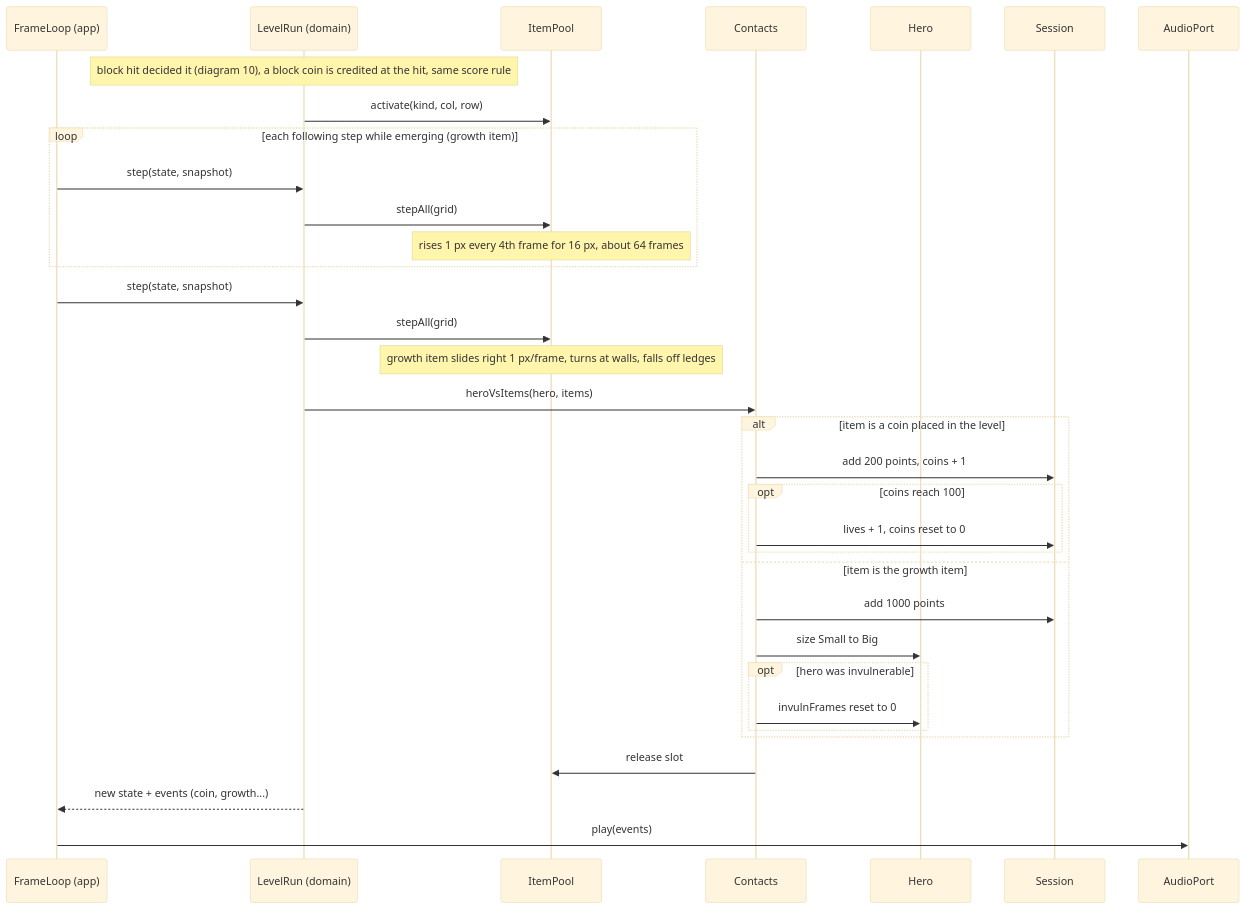
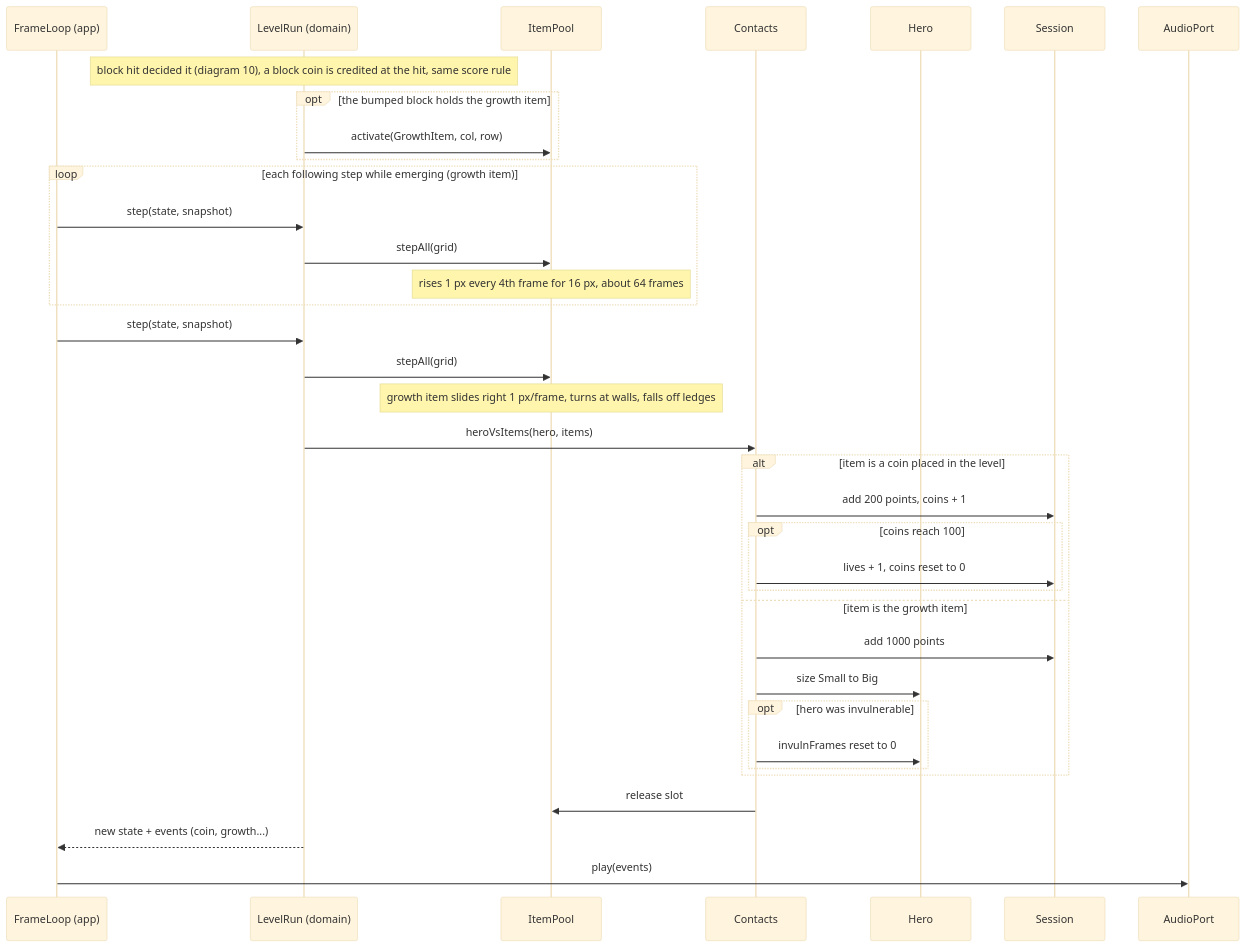
One commit to benoit-bremaud/retro-plumber changed the diagram in docs/architecture/diagrams/gameplay/11-sequence-item-pickup.md. Above: the diagram before and after it, drawn with Mermaid (base theme). The commit also changed 2 other files, not shown here.

Commit message:
docs(uml): address Codex review on sequences 10, 11, 14 (#7)

````diff
--- a/docs/architecture/diagrams/gameplay/11-sequence-item-pickup.md
+++ b/docs/architecture/diagrams/gameplay/11-sequence-item-pickup.md
@@ -13,36 +13,38 @@
 ```mermaid
 sequenceDiagram
     participant FL as FrameLoop (app)
     participant LR as LevelRun (domain)
     participant IP as ItemPool
     participant Ct as Contacts
     participant H as Hero
     participant Sess as Session
     participant Snd as AudioPort
     Note over LR: block hit decided it (diagram 10), a block coin is credited at the hit, same score rule
-    LR->>IP: activate(kind, col, row)
+    opt the bumped block holds the growth item
+        LR->>IP: activate(GrowthItem, col, row)
+    end
     loop each following step while emerging (growth item)
         FL->>LR: step(state, snapshot)
         LR->>IP: stepAll(grid)
         Note over IP: rises 1 px every 4th frame for 16 px, about 64 frames
     end
     FL->>LR: step(state, snapshot)
     LR->>IP: stepAll(grid)
     Note over IP: growth item slides right 1 px/frame, turns at walls, falls off ledges
     LR->>Ct: heroVsItems(hero, items)
     alt item is a coin placed in the level
         Ct->>Sess: add 200 points, coins + 1
         opt coins reach 100
             Ct->>Sess: lives + 1, coins reset to 0
         end
     else item is the growth item
         Ct->>Sess: add 1000 points
         Ct->>H: size Small to Big
         opt hero was invulnerable
             Ct->>H: invulnFrames reset to 0
         end
     end
     Ct->>IP: release slot
     LR-->>FL: new state + events (coin, growth...)
     FL->>Snd: play(events)
 ```
````
